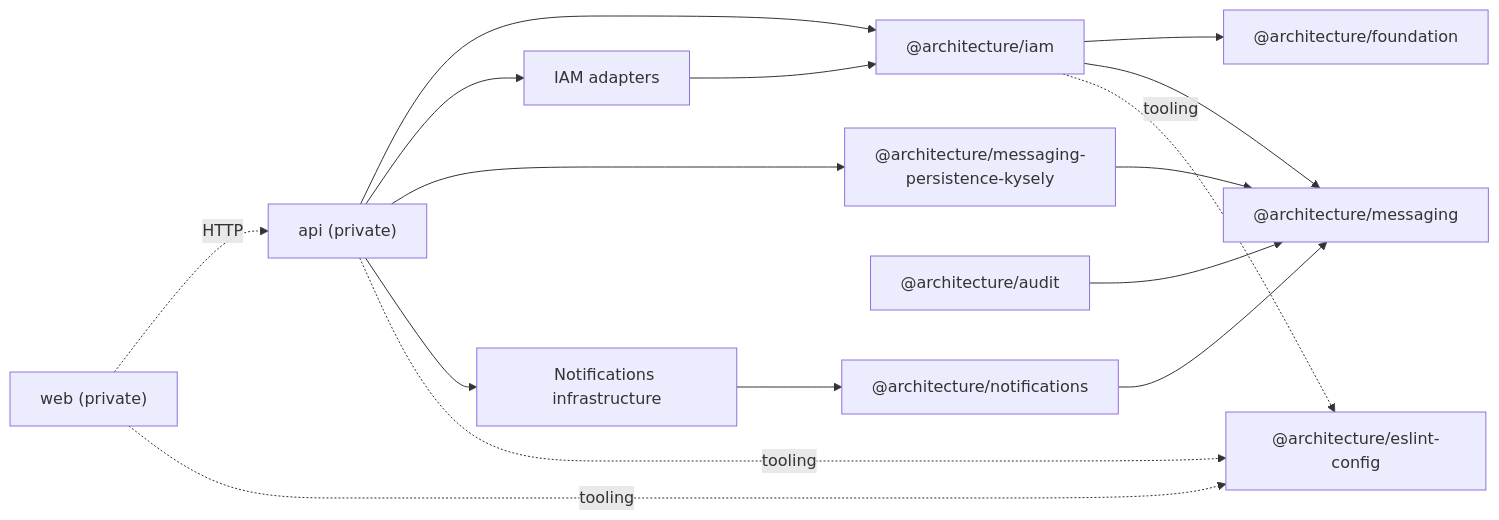
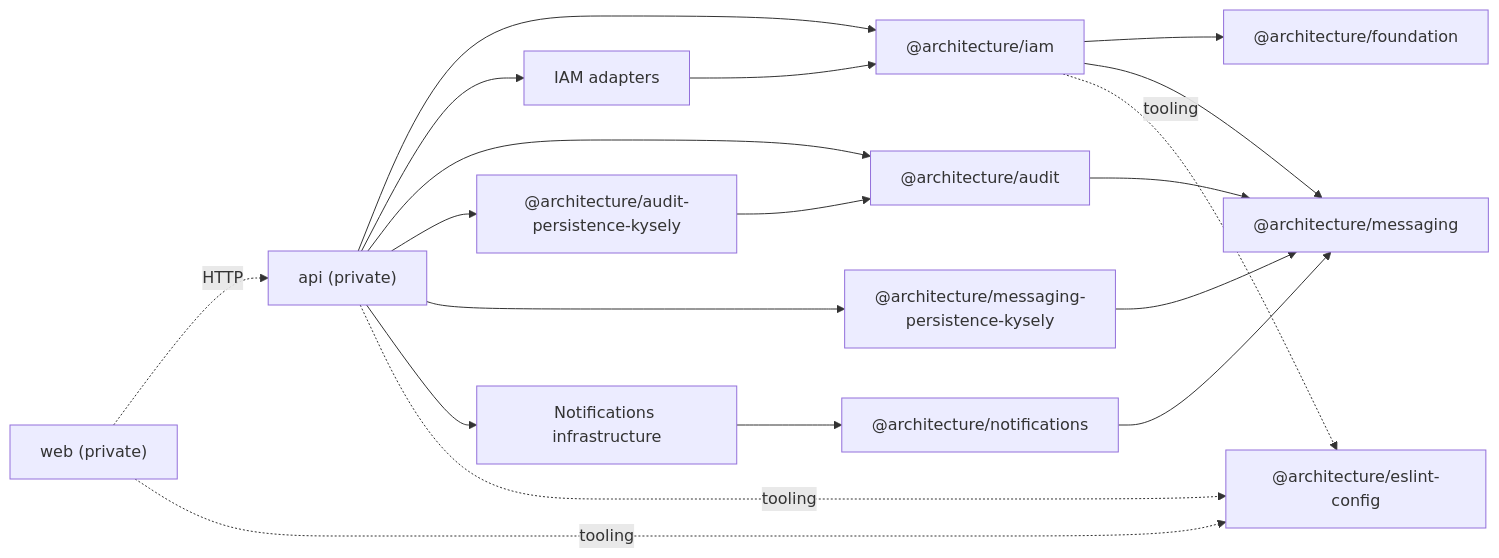
The diagram in docs/en/architecture/packages.md (Oxelio/architecture-web), drawn with Mermaid before and after one commit. The commit also changed other lines of this file and 40 other files, not shown here.

First line of the commit message:
refactor(audit)!: separate core from Kysely infrastructure

````diff
--- a/docs/en/architecture/packages.md
+++ b/docs/en/architecture/packages.md
@@ -5,30 +5,34 @@
 ```mermaid
 flowchart LR
     foundation["@architecture/foundation"]
     iam["@architecture/iam"]
     messaging["@architecture/messaging"]
     messagingKysely["@architecture/messaging-persistence-kysely"]
     audit["@architecture/audit"]
+    auditKysely["@architecture/audit-persistence-kysely"]
     notifications["@architecture/notifications"]
     notificationsInfra["Notifications infrastructure"]
     adapters["IAM adapters"]
     api["api (private)"]
     web["web (private)"]
     lint["@architecture/eslint-config"]
 
     iam --> foundation
     iam --> messaging
     audit --> messaging
+    auditKysely --> audit
     notifications --> messaging
     messagingKysely --> messaging
     notificationsInfra --> notifications
     adapters --> iam
     api --> iam
     api --> adapters
+    api --> audit
+    api --> auditKysely
     api --> messagingKysely
     api --> notificationsInfra
     web -. HTTP .-> api
     api -. tooling .-> lint
     web -. tooling .-> lint
     iam -. tooling .-> lint
 ```
````
